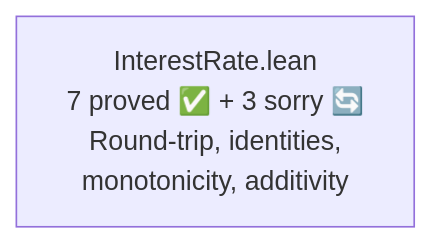
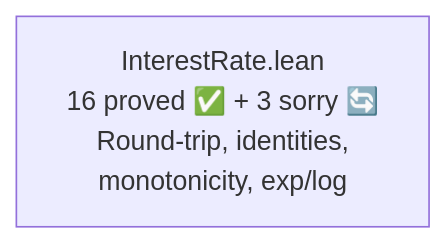
The third of 6 diagrams in formal-verification/REPORT.md (dsyme/QuantLib), drawn with Mermaid before and after one commit. The commit also changed other lines of this file and 1 other file, not shown here.

````diff
--- a/formal-verification/REPORT.md
+++ b/formal-verification/REPORT.md
@@ -55,4 +61,4 @@
 ```mermaid
 graph LR
-    F2["InterestRate.lean<br/>7 proved ✅ + 3 sorry 🔄<br/>Round-trip, identities,<br/>monotonicity, additivity"]
+    F2["InterestRate.lean<br/>16 proved ✅ + 3 sorry 🔄<br/>Round-trip, identities,<br/>monotonicity, exp/log"]
 ```
````
